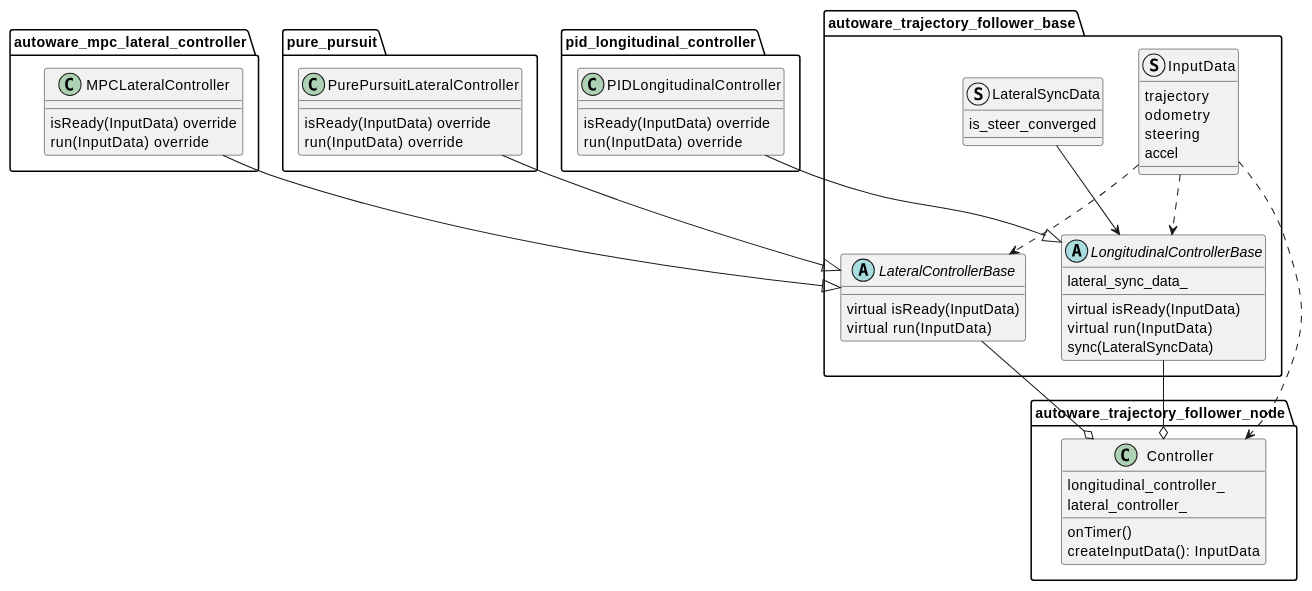
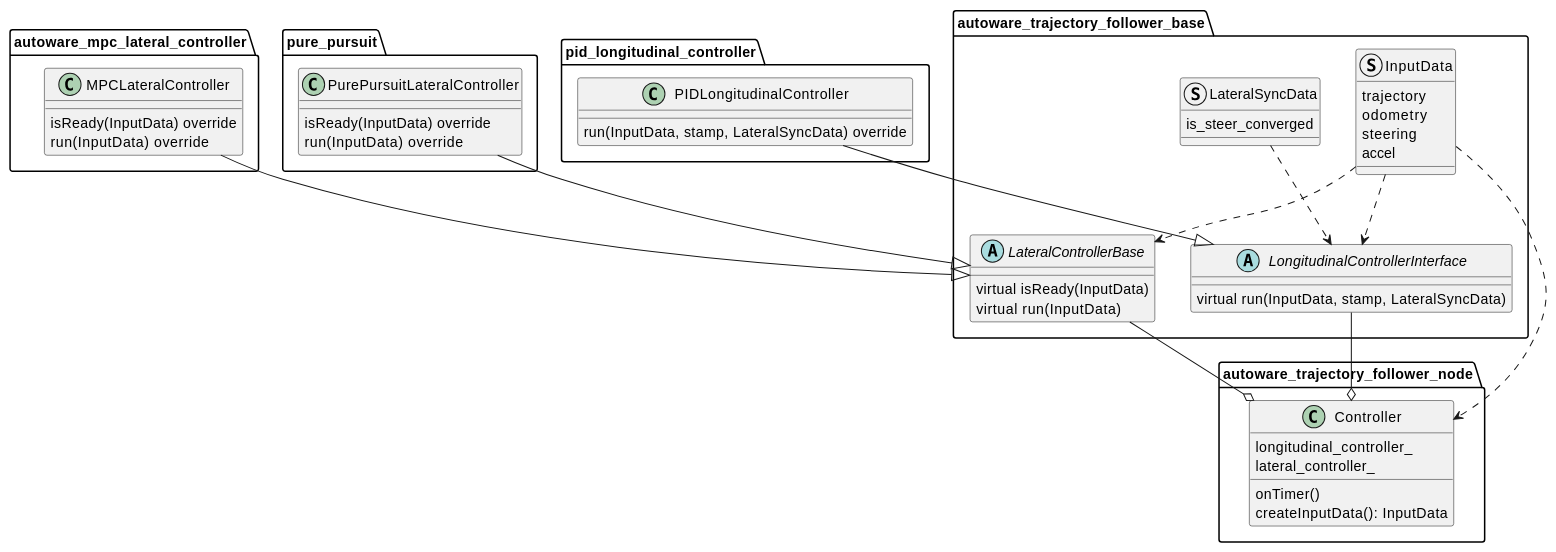
The diagram in control/autoware_trajectory_follower_node/README.md (autowarefoundation/autoware.universe), drawn with PlantUML before and after one commit. The commit also changed other lines of this file and 1 other file, not shown here.

Commit message:
docs(autoware_trajectory_follower_base): update READMEs for LongitudinalControllerInterface

````diff
--- a/control/autoware_trajectory_follower_node/README.md
+++ b/control/autoware_trajectory_follower_node/README.md
@@ -13,70 +13,66 @@
 ```plantuml
 @startuml
 package autoware_trajectory_follower_base {
 abstract class LateralControllerBase {
 
     virtual isReady(InputData)
     virtual run(InputData)
 
 }
-abstract class LongitudinalControllerBase {
-lateral_sync_data_
+abstract class LongitudinalControllerInterface {
 
-    virtual isReady(InputData)
-    virtual run(InputData)
-    sync(LateralSyncData)
+    virtual run(InputData, stamp, LateralSyncData)
 
 }
 
 struct InputData {
 trajectory
 odometry
 steering
 accel
 }
 struct LateralSyncData {
 is_steer_converged
 }
 }
 
 package autoware_mpc_lateral_controller {
 class MPCLateralController {
 isReady(InputData) override
 run(InputData) override
 }
 }
 package pure_pursuit {
 class PurePursuitLateralController {
 isReady(InputData) override
 run(InputData) override
 }
 }
 package pid_longitudinal_controller {
 class PIDLongitudinalController {
-isReady(InputData) override
-run(InputData) override
+run(InputData, stamp, LateralSyncData) override
 }
 }
 
 package autoware_trajectory_follower_node {
 class Controller {
 longitudinal_controller_
 lateral_controller_
 onTimer()
 createInputData(): InputData
 }
 }
 
 MPCLateralController --|> LateralControllerBase
 PurePursuitLateralController --|> LateralControllerBase
-PIDLongitudinalController --|> LongitudinalControllerBase
+PIDLongitudinalController --|> LongitudinalControllerInterface
 
-LateralSyncData --> LongitudinalControllerBase
+LateralSyncData ..> LongitudinalControllerInterface
 InputData ..> LateralControllerBase
-InputData ..> LongitudinalControllerBase
+InputData ..> LongitudinalControllerInterface
 
 LateralControllerBase --o Controller
-LongitudinalControllerBase --o Controller
+LongitudinalControllerInterface --o Controller
 InputData ..> Controller
 @enduml
 ```
````
